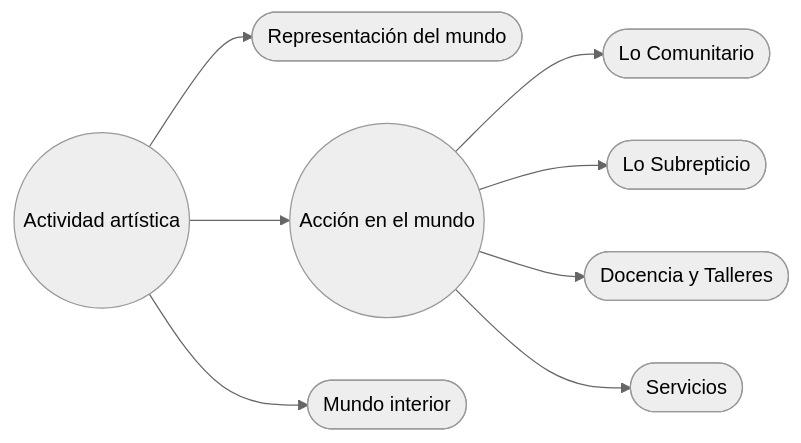
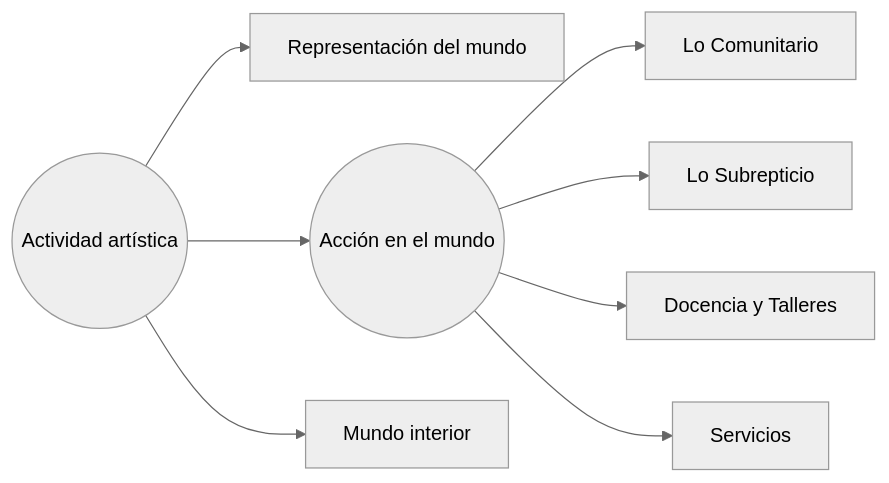
One commit to EGGS-Artesvisuales/EGGS-Artesvisuales.github.io changed the diagram in ES/accion.md. Above: the diagram before and after it, drawn with Mermaid (neutral theme). The commit also changed other lines of this file, not shown here.

```diff
--- a/ES/accion.md
+++ b/ES/accion.md
@@ -14,20 +15,20 @@
 <div class="mermaid">
 flowchart LR
-  A(("Actividad artística")) --> B(["Representación del mundo"])
-  A --> C(("Acción en el mundo"))
-  A --> D(["Mundo interior"])
+  A((Actividad artística)) --> B[Representación del mundo]
+  A --> C((Acción en el mundo))
+  A --> D[Mundo interior]
 
-  C --> C1(["Lo Comunitario"])
-  C --> C2(["Lo Subrepticio"])
-  C --> C3(["Docencia y Talleres"])
-  C --> C4(["Servicios"])
+  C --> C1[Lo Comunitario]
+  C --> C2[Lo Subrepticio]
+  C --> C3[Docencia y Talleres]
+  C --> C4[Servicios]
 
   click C1 "/ES/comunitario.html" "Ir a Lo Comunitario"
   click C2 "/ES/subrepticio.html" "Ir a Lo Subrepticio"
   click C3 "/ES/docencia.html" "Ir a Docencia y Talleres"
   click C4 "/ES/servicios.html" "Ir a Servicios"
 
-  %%links a los otros dos ejes:
+  %% Links a los otros dos ejes:
   click B "/ES/mundo-exterior.html" "Ir a Representación del mundo"
   click D "/ES/interior.html" "Ir a Mundo interior"
 </div>
```
